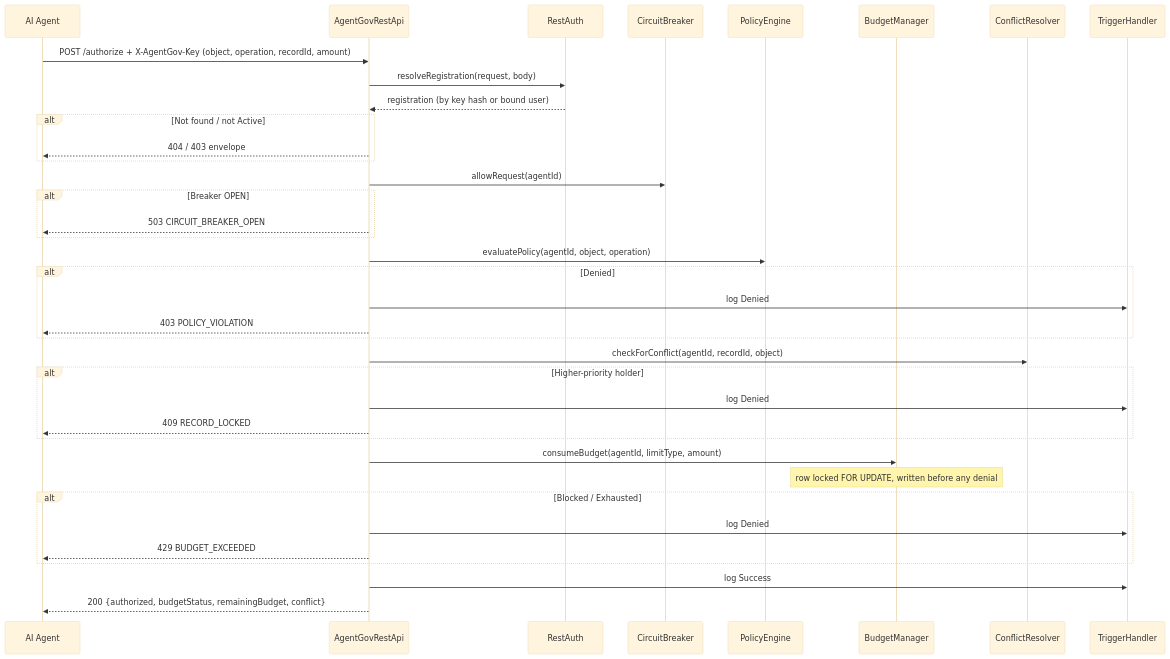
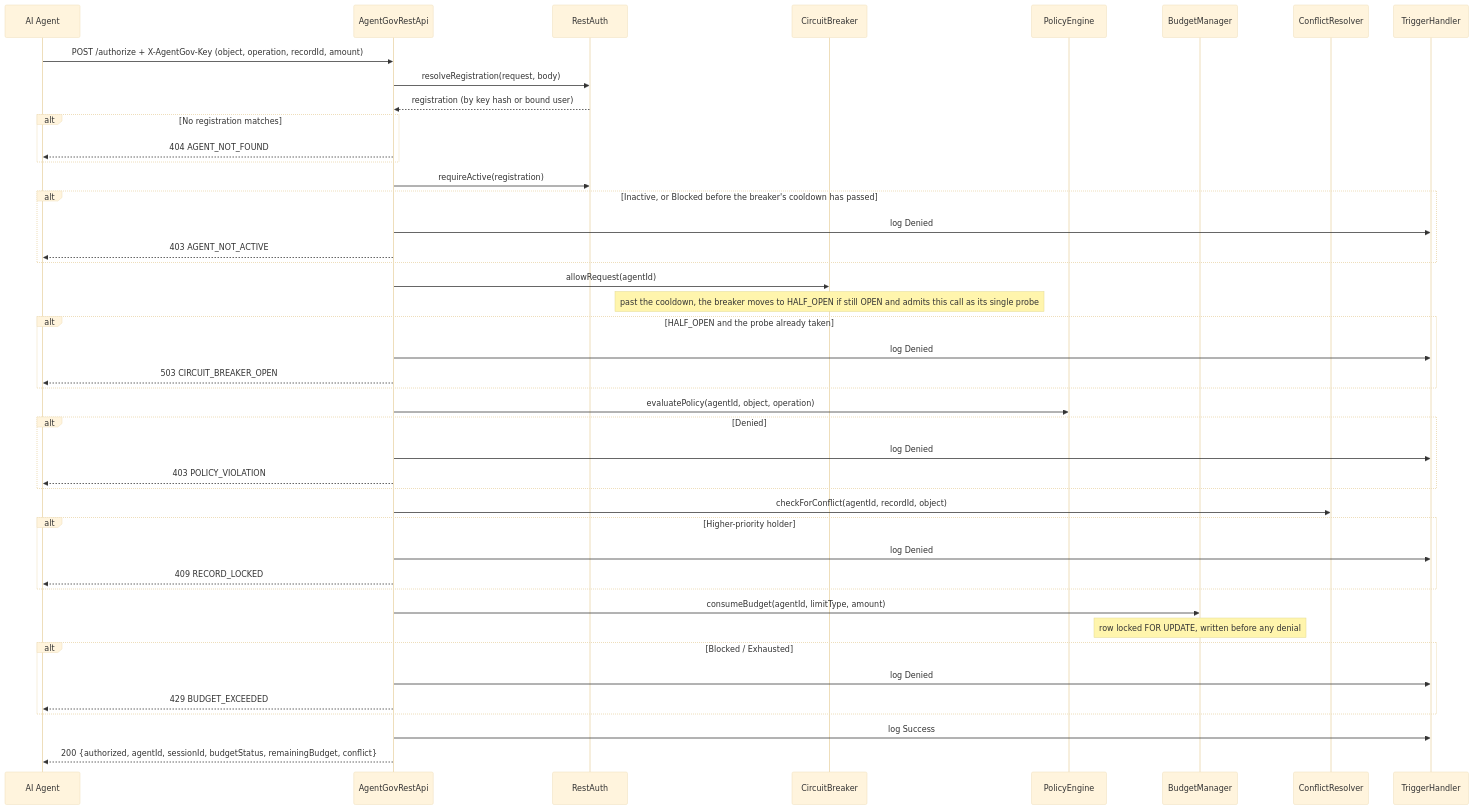
The fourth of 7 diagrams in docs/architecture.md (himanshupalerwal/salesforce-agent-governance), drawn with Mermaid (base theme) before and after one commit. The commit also changed other lines of this file and 31 other files, not shown here.

````diff
--- a/docs/architecture.md
+++ b/docs/architecture.md
@@ -286,40 +333,47 @@
 ```mermaid
 sequenceDiagram
     participant Agent as AI Agent
     participant REST as AgentGovRestApi
     participant AUTH as RestAuth
     participant CB as CircuitBreaker
     participant PE as PolicyEngine
     participant BM as BudgetManager
     participant CR as ConflictResolver
     participant TH as TriggerHandler
 
     Agent->>REST: POST /authorize + X-AgentGov-Key (object, operation, recordId, amount)
     REST->>AUTH: resolveRegistration(request, body)
     AUTH-->>REST: registration (by key hash or bound user)
-    alt Not found / not Active
-        REST-->>Agent: 404 / 403 envelope
+    alt No registration matches
+        REST-->>Agent: 404 AGENT_NOT_FOUND
+    end
+    REST->>AUTH: requireActive(registration)
+    alt Inactive, or Blocked before the breaker's cooldown has passed
+        REST->>TH: log Denied
+        REST-->>Agent: 403 AGENT_NOT_ACTIVE
     end
     REST->>CB: allowRequest(agentId)
-    alt Breaker OPEN
+    Note over CB: past the cooldown, the breaker moves to HALF_OPEN if still OPEN and admits this call as its single probe
+    alt HALF_OPEN and the probe already taken
+        REST->>TH: log Denied
         REST-->>Agent: 503 CIRCUIT_BREAKER_OPEN
     end
     REST->>PE: evaluatePolicy(agentId, object, operation)
     alt Denied
         REST->>TH: log Denied
         REST-->>Agent: 403 POLICY_VIOLATION
     end
     REST->>CR: checkForConflict(agentId, recordId, object)
     alt Higher-priority holder
         REST->>TH: log Denied
         REST-->>Agent: 409 RECORD_LOCKED
     end
     REST->>BM: consumeBudget(agentId, limitType, amount)
     Note over BM: row locked FOR UPDATE, written before any denial
     alt Blocked / Exhausted
         REST->>TH: log Denied
         REST-->>Agent: 429 BUDGET_EXCEEDED
     end
     REST->>TH: log Success
-    REST-->>Agent: 200 {authorized, budgetStatus, remainingBudget, conflict}
+    REST-->>Agent: 200 {authorized, agentId, sessionId, budgetStatus, remainingBudget, conflict}
 ```
````
